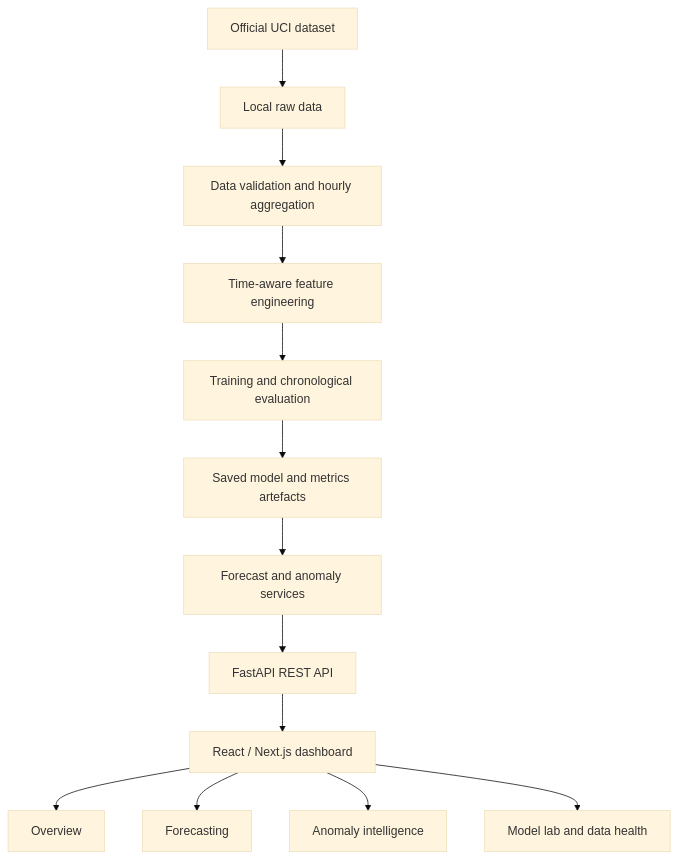
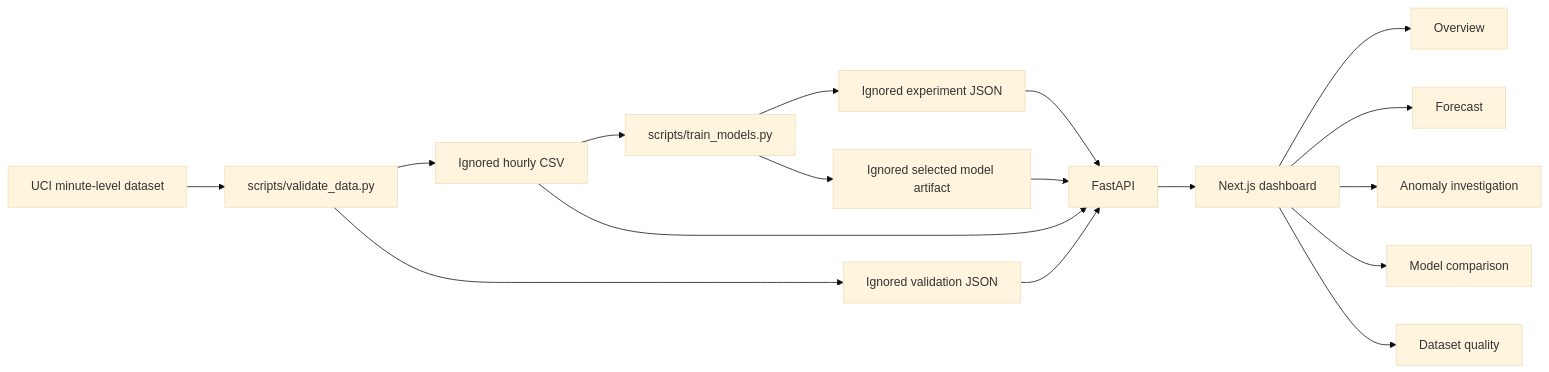
One commit to ESpoorthy/GridPulse changed the diagram in docs/ARCHITECTURE.md. Above: the diagram before and after it, drawn with Mermaid (base theme). The commit also changed other lines of this file and 50 other files, not shown here.

````diff
--- a/docs/ARCHITECTURE.md
+++ b/docs/ARCHITECTURE.md
@@ -16,15 +5,19 @@
 ```mermaid
-flowchart TD
-    A[Official UCI dataset] --> B[Local raw data]
-    B --> C[Data validation and hourly aggregation]
-    C --> D[Time-aware feature engineering]
-    D --> E[Training and chronological evaluation]
-    E --> F[Saved model and metrics artefacts]
-    F --> G[Forecast and anomaly services]
-    G --> H[FastAPI REST API]
-    H --> I[React / Next.js dashboard]
-    I --> J[Overview]
-    I --> K[Forecasting]
-    I --> L[Anomaly intelligence]
-    I --> M[Model lab and data health]
+flowchart LR
+    UCI[UCI minute-level dataset] --> V[scripts/validate_data.py]
+    V --> H[Ignored hourly CSV]
+    V --> Q[Ignored validation JSON]
+    H --> T[scripts/train_models.py]
+    T --> R[Ignored experiment JSON]
+    T --> M[Ignored selected model artifact]
+    H --> API[FastAPI]
+    Q --> API
+    R --> API
+    M --> API
+    API --> WEB[Next.js dashboard]
+    WEB --> O[Overview]
+    WEB --> F[Forecast]
+    WEB --> A[Anomaly investigation]
+    WEB --> C[Model comparison]
+    WEB --> D[Dataset quality]
 ```
````
